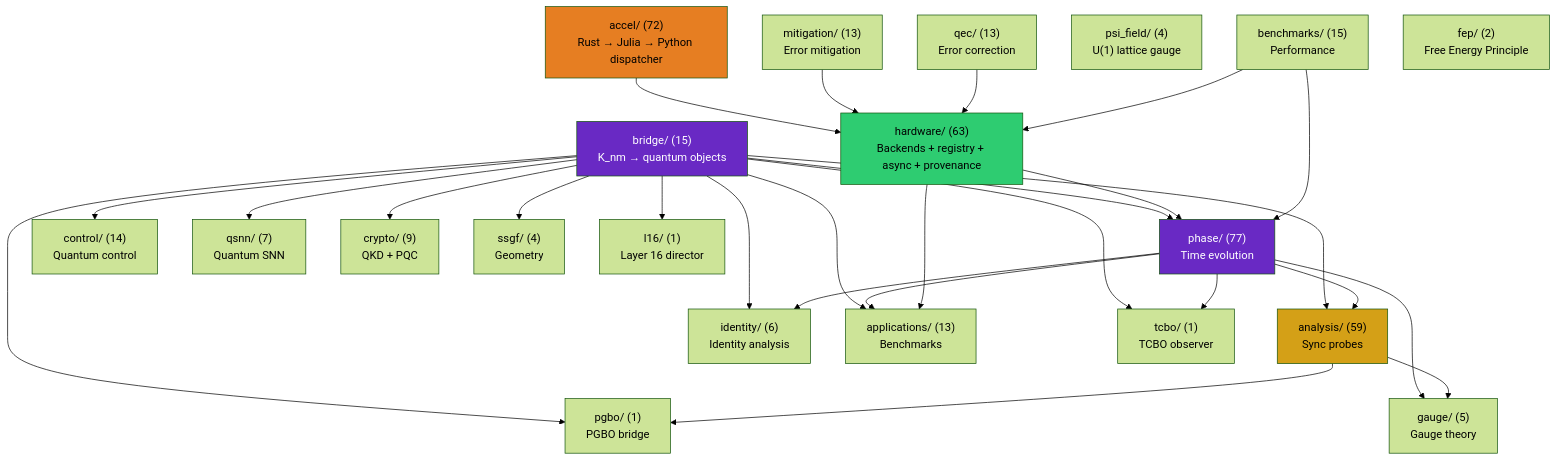
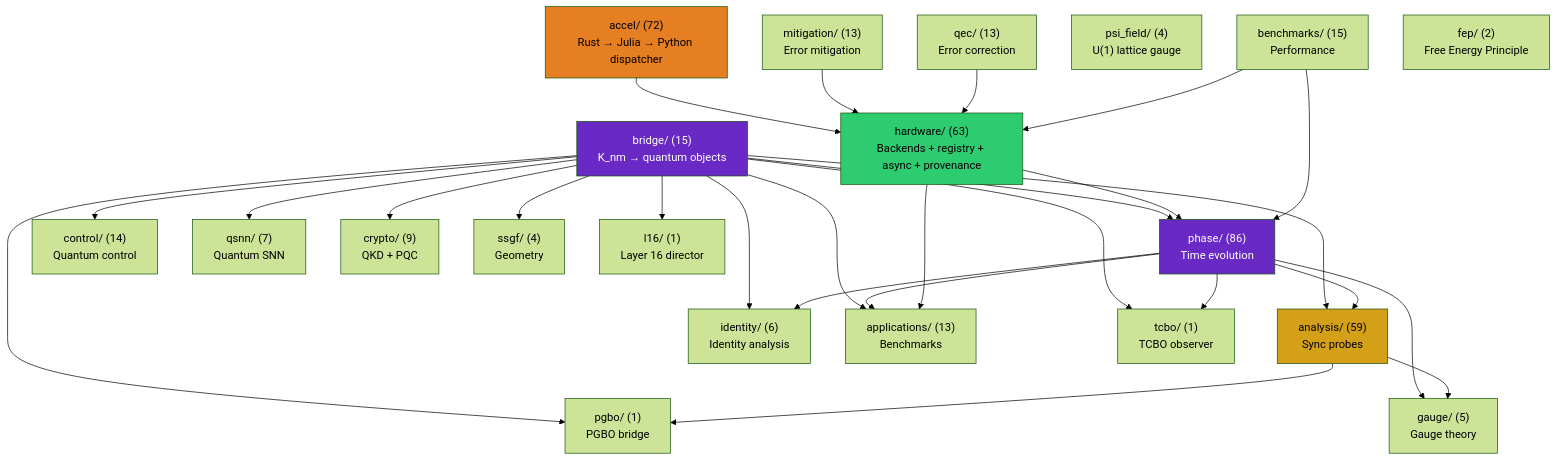
Before and after one commit to anulum/scpn-quantum-control: the first of 4 diagrams in docs/architecture.md, drawn with Mermaid (forest theme). The commit also changed other lines of this file and 3 other files, not shown here.

````diff
--- a/docs/architecture.md
+++ b/docs/architecture.md
@@ -91,55 +91,55 @@
 ```mermaid
 graph TD
     bridge["bridge/ (15)\nK_nm → quantum objects"]
-    phase["phase/ (77)\nTime evolution"]
+    phase["phase/ (86)\nTime evolution"]
     analysis["analysis/ (59)\nSync probes"]
     control["control/ (14)\nQuantum control"]
     qsnn["qsnn/ (7)\nQuantum SNN"]
     identity["identity/ (6)\nIdentity analysis"]
     hardware["hardware/ (63)\nBackends + registry + async + provenance"]
     mitigation["mitigation/ (13)\nError mitigation"]
     qec["qec/ (13)\nError correction"]
     gauge["gauge/ (5)\nGauge theory"]
     apps["applications/ (13)\nBenchmarks"]
     crypto["crypto/ (9)\nQKD + PQC"]
     benchmarks["benchmarks/ (15)\nPerformance"]
     ssgf["ssgf/ (4)\nGeometry"]
     psi_field["psi_field/ (4)\nU(1) lattice gauge"]
     accel["accel/ (72)\nRust → Julia → Python dispatcher"]
     fep["fep/ (2)\nFree Energy Principle"]
     tcbo["tcbo/ (1)\nTCBO observer"]
     pgbo["pgbo/ (1)\nPGBO bridge"]
     l16["l16/ (1)\nLayer 16 director"]
 
     bridge --> phase
     bridge --> analysis
     bridge --> control
     bridge --> qsnn
     bridge --> identity
     bridge --> apps
     bridge --> crypto
     bridge --> ssgf
     phase --> analysis
     phase --> identity
     phase --> apps
     phase --> gauge
     analysis --> gauge
     hardware --> phase
     hardware --> apps
     accel --> hardware
     mitigation --> hardware
     qec --> hardware
     benchmarks --> phase
     benchmarks --> hardware
     bridge --> tcbo
     bridge --> pgbo
     bridge --> l16
     phase --> tcbo
     analysis --> pgbo
 
     style bridge fill:#6929C4,color:#fff
     style analysis fill:#d4a017,color:#000
     style phase fill:#6929C4,color:#fff
     style hardware fill:#2ecc71,color:#000
     style accel fill:#e67e22,color:#000
 ```
````
